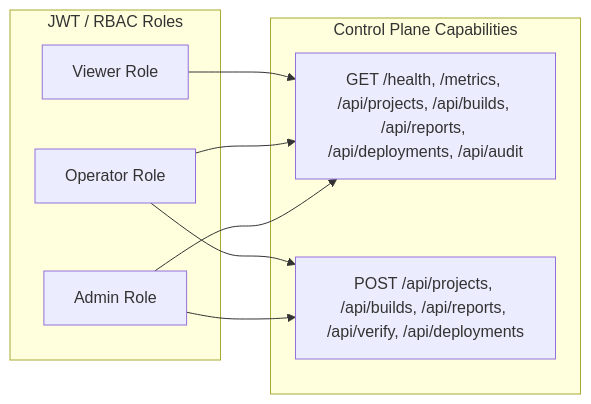
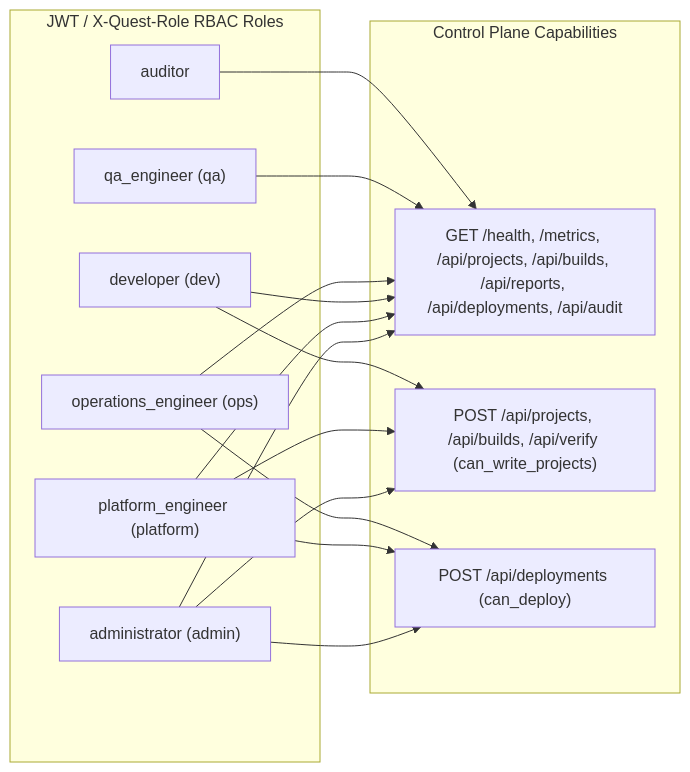
Before and after one commit to sweengineeringlabs/questforge: the second of 2 diagrams in docs/3-design/workflow/enterprise.md, drawn with Mermaid. The commit also changed other lines of this file and 25 other files, not shown here.

````diff
--- a/docs/3-design/workflow/enterprise.md
+++ b/docs/3-design/workflow/enterprise.md
@@ -47,17 +56,24 @@
 ```mermaid
 flowchart LR
-    subgraph Roles["JWT / RBAC Roles"]
-        Viewer["Viewer Role"]
-        Operator["Operator Role"]
-        Admin["Admin Role"]
+    subgraph Roles["JWT / X-Quest-Role RBAC Roles"]
+        Admin["administrator (admin)"]
+        Platform["platform_engineer (platform)"]
+        Dev["developer (dev)"]
+        Ops["operations_engineer (ops)"]
+        QA["qa_engineer (qa)"]
+        Auditor["auditor"]
     end
 
-    subgraph Endpoints["Control Plane Capabilities"]
+    subgraph Capabilities["Control Plane Capabilities"]
         Read["GET /health, /metrics, /api/projects, /api/builds, /api/reports, /api/deployments, /api/audit"]
-        Write["POST /api/projects, /api/builds, /api/reports, /api/verify, /api/deployments"]
+        WriteProj["POST /api/projects, /api/builds, /api/verify (can_write_projects)"]
+        Deploy["POST /api/deployments (can_deploy)"]
     end
 
-    Viewer --> Read
-    Operator --> Read & Write
-    Admin --> Read & Write
+    Admin --> Read & WriteProj & Deploy
+    Platform --> Read & WriteProj & Deploy
+    Dev --> Read & WriteProj
+    Ops --> Read & Deploy
+    QA --> Read
+    Auditor --> Read
 ```
````
